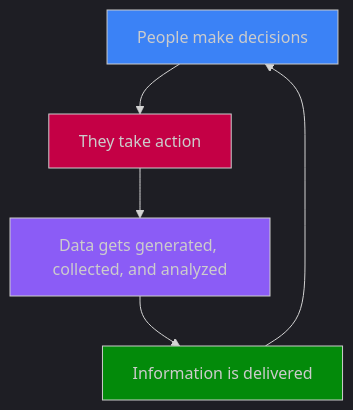
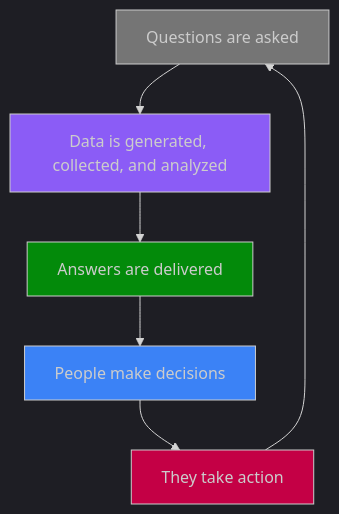
Before and after one commit to Konilo/the-data-pipeline: the diagram in the-data-pipeline/src/content/pages/en/introduction.mdx, drawn with Mermaid. The commit also changed other lines of this file and 12 other files, not shown here.

````diff
--- a/the-data-pipeline/src/content/pages/en/introduction.mdx
+++ b/the-data-pipeline/src/content/pages/en/introduction.mdx
@@ -12,17 +12,19 @@
 ```mermaid
 ---
 config:
   layout: dagre
   theme: dark
 ---
 flowchart TB
+    X --> C["Data is generated, collected, and analyzed"]
     A["People make decisions"] --> B["They take action"]
-    B --> C["Data gets generated, collected, and analyzed"]
-    C --> D["Information is delivered"]
+    B --> X["Questions are asked"]
+    C --> D["Answers are delivered"]
     D --> A
 
+    style X fill:#757575,color:none
     style A fill:#3b82f6,color:none
     style B fill:#c40045,color:none
     style C fill:#8b5cf6,color:none
     style D fill:#038a0a,color:none
 ```
````
